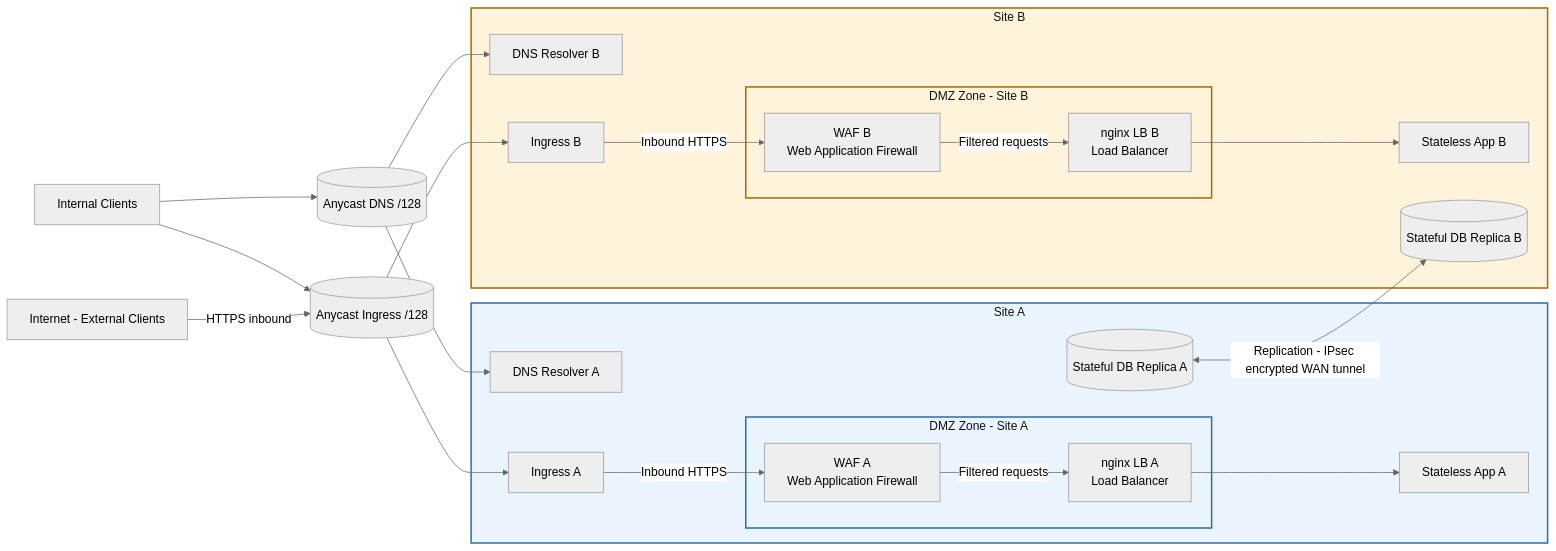
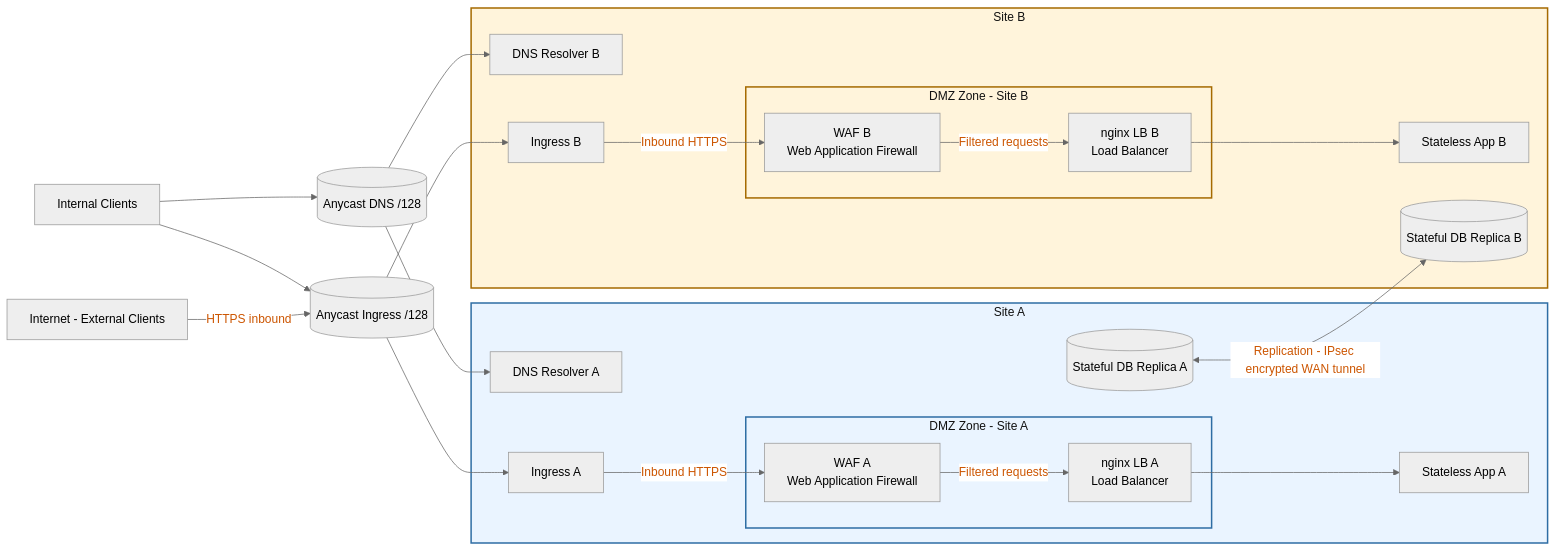
One commit to pancakesaregood/distributed-dc changed the diagram in network-spanned-dc/docs/03_diagrams/services_anycast.mmd.md. Above: the diagram before and after it, drawn with Mermaid (neutral theme). The commit also changed 14 other files, not shown here.

````diff
--- a/network-spanned-dc/docs/03_diagrams/services_anycast.mmd.md
+++ b/network-spanned-dc/docs/03_diagrams/services_anycast.mmd.md
@@ -3,53 +3,54 @@
 ```mermaid
 graph LR
   U[Internal Clients]
   INET[Internet - External Clients]
   DNSA[(Anycast DNS /128)]
   ING[(Anycast Ingress /128)]
 
   subgraph S1[Site A]
     DNS1[DNS Resolver A]
     IN1[Ingress A]
     subgraph DMZ1[DMZ Zone - Site A]
       WAF1["WAF A<br/>Web Application Firewall"]
       LB1["nginx LB A<br/>Load Balancer"]
     end
     APP1[Stateless App A]
     DB1[(Stateful DB Replica A)]
   end
 
   subgraph S2[Site B]
     DNS2[DNS Resolver B]
     IN2[Ingress B]
     subgraph DMZ2[DMZ Zone - Site B]
       WAF2["WAF B<br/>Web Application Firewall"]
       LB2["nginx LB B<br/>Load Balancer"]
     end
     APP2[Stateless App B]
     DB2[(Stateful DB Replica B)]
   end
 
   U --> DNSA
   U --> ING
   INET -->|HTTPS inbound| ING
 
   DNSA --> DNS1
   DNSA --> DNS2
   ING --> IN1
   ING --> IN2
 
   IN1 -->|Inbound HTTPS| WAF1
   WAF1 -->|Filtered requests| LB1
   LB1 --> APP1
 
   IN2 -->|Inbound HTTPS| WAF2
   WAF2 -->|Filtered requests| LB2
   LB2 --> APP2
 
   DB1 <-->|Replication - IPsec encrypted WAN tunnel| DB2
 
   style S1 fill:#EAF4FF,stroke:#2E6DA4,stroke-width:2px,color:#111111
   style DMZ1 fill:#EAF4FF,stroke:#2E6DA4,stroke-width:2px,color:#111111
   style S2 fill:#FFF4DB,stroke:#A56A00,stroke-width:2px,color:#111111
   style DMZ2 fill:#FFF4DB,stroke:#A56A00,stroke-width:2px,color:#111111
+  linkStyle default color:#CC5500
 ```
````
